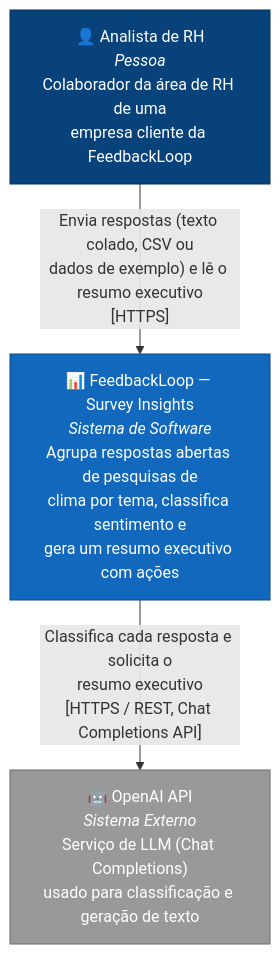
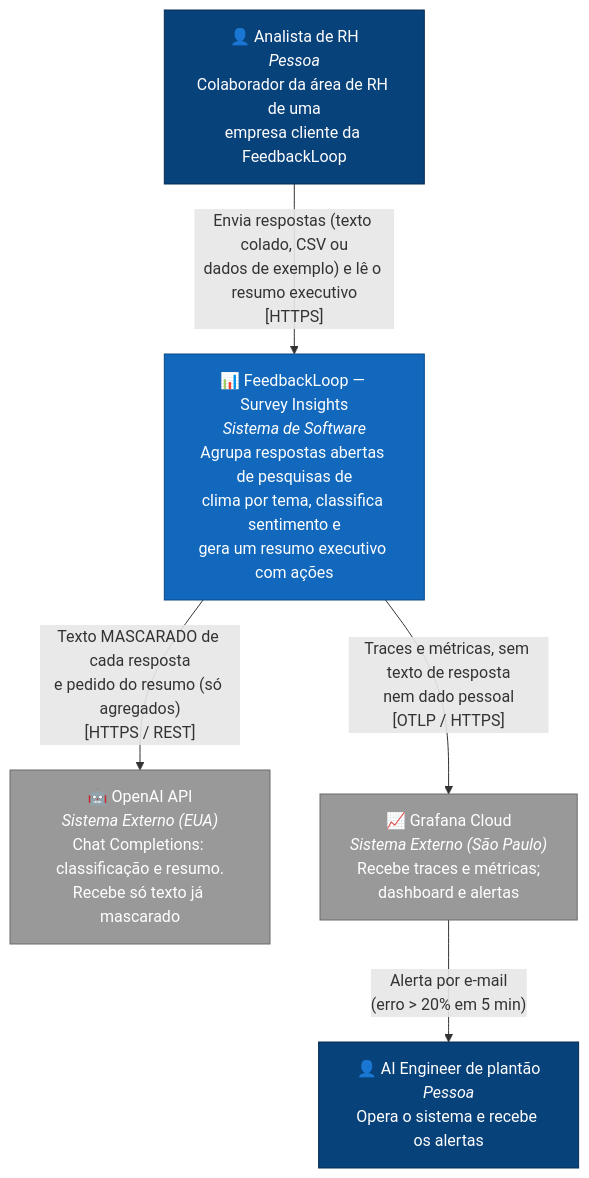
One commit to gabrdias/ai-factory-feedbackloop changed the diagram in docs/architecture/c4-nivel1-contexto.md. Above: the diagram before and after it, drawn with Mermaid. The commit also changed other lines of this file and 3 other files, not shown here.

````diff
--- a/docs/architecture/c4-nivel1-contexto.md
+++ b/docs/architecture/c4-nivel1-contexto.md
@@ -5,15 +5,21 @@
 ```mermaid
 flowchart TD
     Analista["👤 Analista de RH<br/><i>Pessoa</i><br/>Colaborador da área de RH de uma<br/>empresa cliente da FeedbackLoop"]
+    Eng["👤 AI Engineer de plantão<br/><i>Pessoa</i><br/>Opera o sistema e recebe os alertas"]
 
     Sistema["📊 FeedbackLoop — Survey Insights<br/><i>Sistema de Software</i><br/>Agrupa respostas abertas de pesquisas de<br/>clima por tema, classifica sentimento e<br/>gera um resumo executivo com ações"]
 
-    OpenAI["🤖 OpenAI API<br/><i>Sistema Externo</i><br/>Serviço de LLM (Chat Completions)<br/>usado para classificação e geração de texto"]
+    OpenAI["🤖 OpenAI API<br/><i>Sistema Externo (EUA)</i><br/>Chat Completions: classificação e resumo.<br/>Recebe só texto já mascarado"]
+    Grafana["📈 Grafana Cloud<br/><i>Sistema Externo (São Paulo)</i><br/>Recebe traces e métricas;<br/>dashboard e alertas"]
 
     Analista -- "Envia respostas (texto colado, CSV ou<br/>dados de exemplo) e lê o resumo executivo<br/>[HTTPS]" --> Sistema
-    Sistema -- "Classifica cada resposta e solicita o<br/>resumo executivo<br/>[HTTPS / REST, Chat Completions API]" --> OpenAI
+    Sistema -- "Texto MASCARADO de cada resposta<br/>e pedido do resumo (só agregados)<br/>[HTTPS / REST]" --> OpenAI
+    Sistema -- "Traces e métricas, sem texto de resposta<br/>nem dado pessoal<br/>[OTLP / HTTPS]" --> Grafana
+    Grafana -- "Alerta por e-mail<br/>(erro > 20% em 5 min)" --> Eng
 
     style Sistema fill:#1168bd,color:#ffffff,stroke:#0b4884
     style OpenAI fill:#999999,color:#ffffff,stroke:#6b6b6b
+    style Grafana fill:#999999,color:#ffffff,stroke:#6b6b6b
     style Analista fill:#08427b,color:#ffffff,stroke:#052c52
+    style Eng fill:#08427b,color:#ffffff,stroke:#052c52
 ```
````
